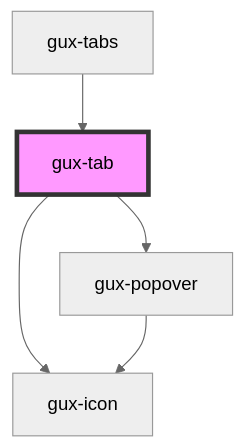
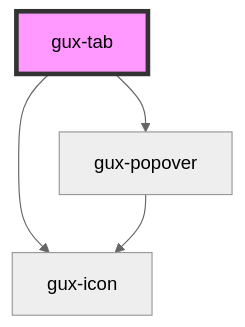
One commit to MyPureCloud/genesys-spark changed the diagram in src/components/gux-tabs/gux-tab/readme.md. Above: the diagram before and after it, drawn with Mermaid (neutral theme). The commit also changed other lines of this file and 19 other files, not shown here.

Commit message:
feat(gux-tabs): finish gux-tabs implementation

````diff
--- a/src/components/gux-tabs/gux-tab/readme.md
+++ b/src/components/gux-tabs/gux-tab/readme.md
@@ -29,8 +32,7 @@
 ```mermaid
 graph TD;
   gux-tab --> gux-icon
   gux-tab --> gux-popover
   gux-popover --> gux-icon
-  gux-tabs --> gux-tab
   style gux-tab fill:#f9f,stroke:#333,stroke-width:4px
 ```
````
